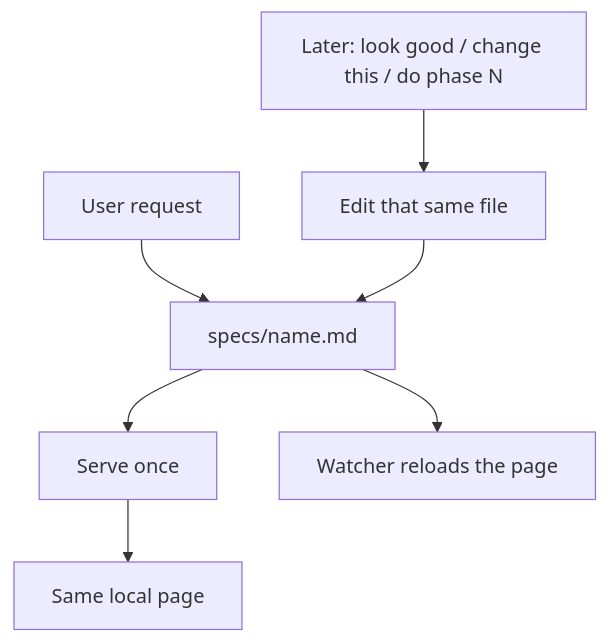
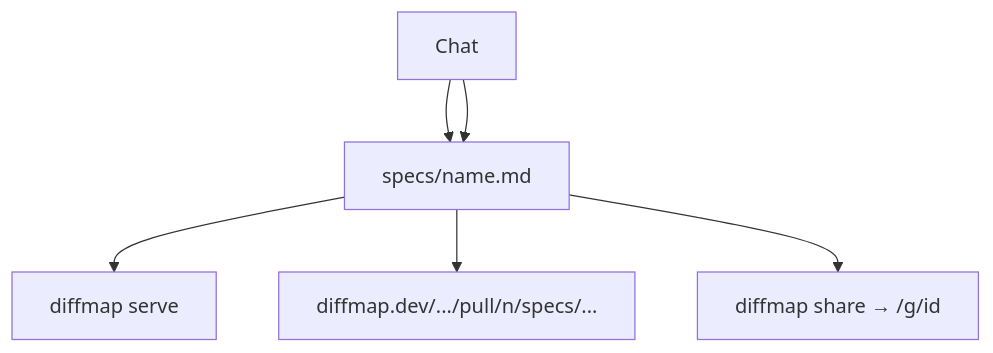
The second of 3 diagrams in specs/merge-generate-spec-walkthrough.md (tanishqkancharla/diffmap), drawn with Mermaid before and after one commit. The commit also changed other lines of this file, not shown here.

First line of the commit message:
Loosen merge spec to a living planned-vs-done doc

````diff
--- a/specs/merge-generate-spec-walkthrough.md
+++ b/specs/merge-generate-spec-walkthrough.md
@@ -37,12 +30,10 @@
 ```mermaid
 flowchart TD
-  Request[User request] --> File["specs/name.md"]
-  File --> ServeOnce[Serve once]
-  ServeOnce --> Page[Same local page]
-  Request2[Later: look good / change this / do phase N] --> Edit[Edit that same file]
-  Edit --> File
-  File --> Reload[Watcher reloads the page]
-  %% ref node:File [[skills/generate-spec/SKILL.md]]
-  %% ref node:ServeOnce [[src/cli.ts]]
-  %% ref node:Reload [[src/contentPlugin.ts#diffmapContentPlugin]]
+  Talk[Chat] --> Doc["specs/name.md"]
+  Doc --> Local[diffmap serve]
+  Doc --> PR["diffmap.dev/.../pull/n/specs/..."]
+  Doc --> Gist["diffmap share → /g/id"]
+  Talk --> Doc
+  %% ref node:Local [[src/cli.ts]]
+  %% ref node:Gist [[src/cli.ts]]
 ```
````
